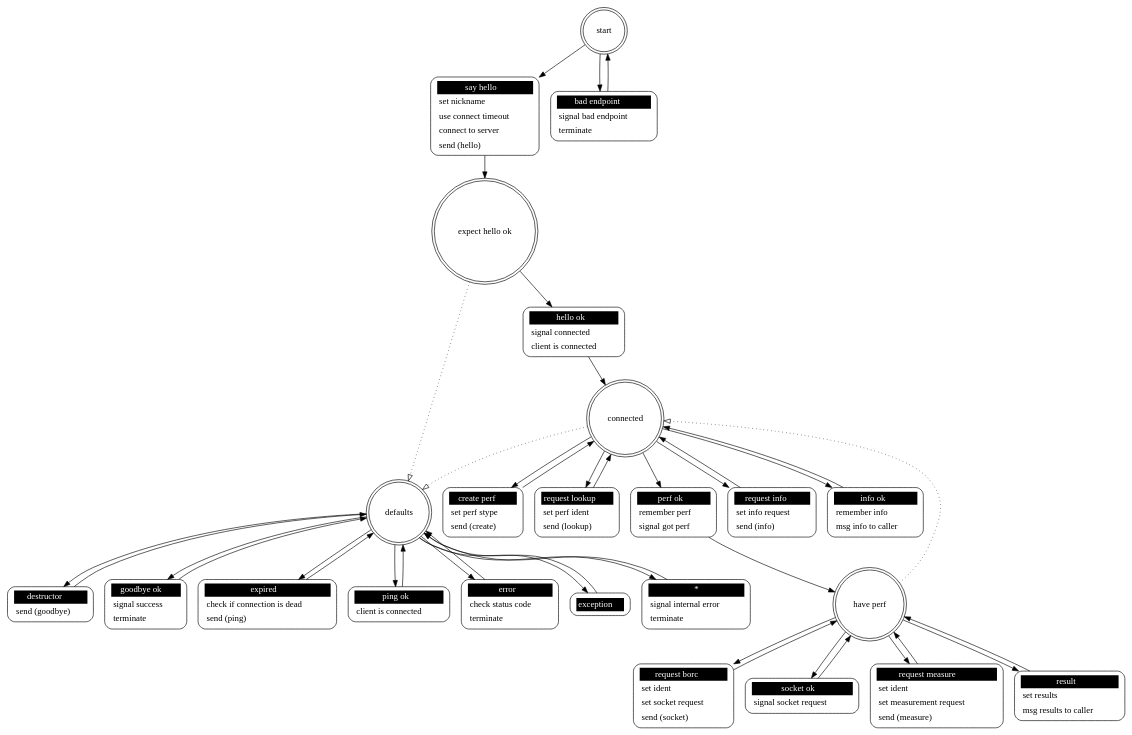
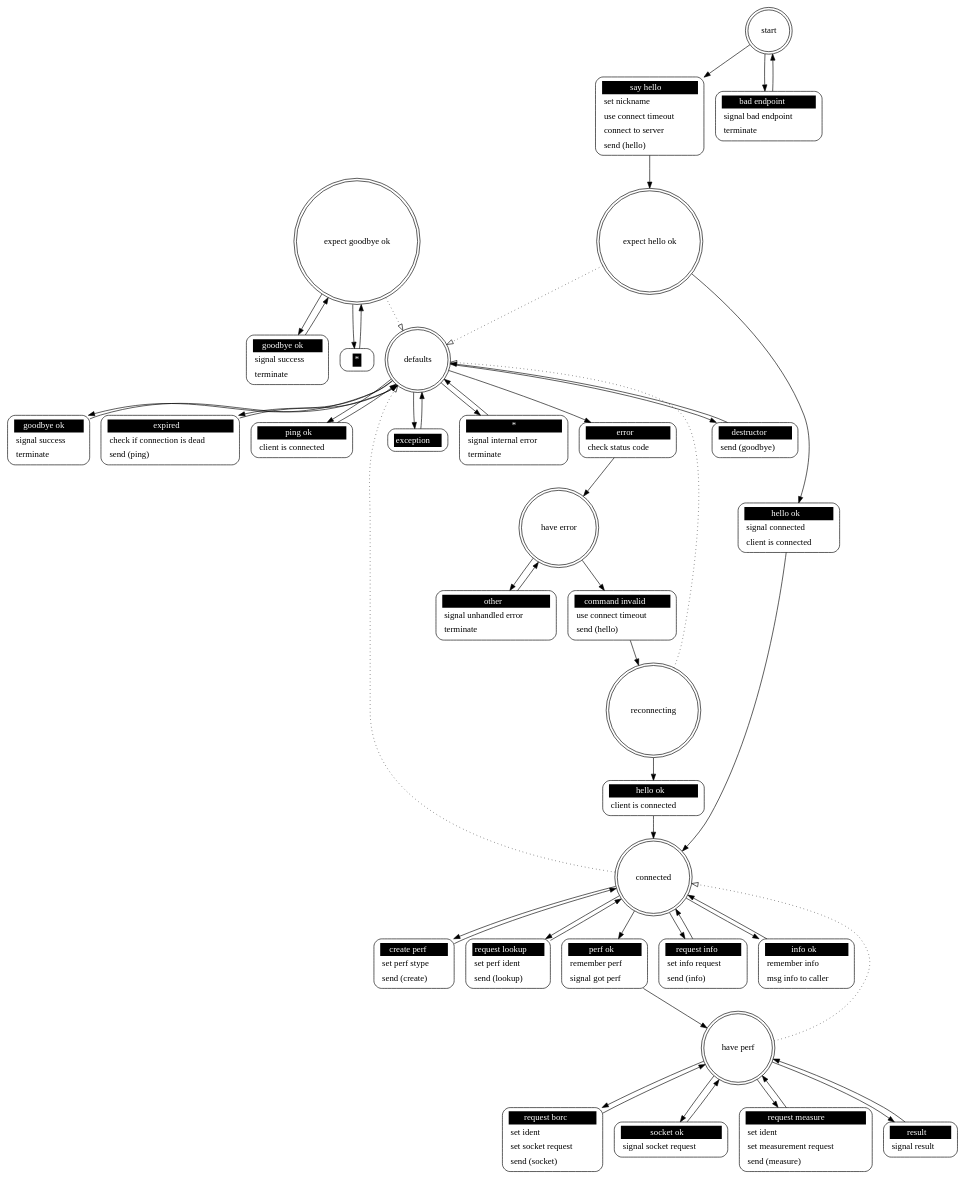
Before and after one commit to brettviren/zperfmq: the diagram in src/zperf_client.dot, drawn with Graphviz. The commit also changed 6 other files, not shown here.

```diff
--- a/src/zperf_client.dot
+++ b/src/zperf_client.dot
@@ -1,73 +1,96 @@
 ## Automatically generated from zperf_client.xml by gsl
 digraph "zperf_client" {
  "expect hello ok" -> "defaults" [style=dotted,arrowhead=empty]
  "connected" -> "defaults" [style=dotted,arrowhead=empty]
  "have perf" -> "connected" [style=dotted,arrowhead=empty]
+ "reconnecting" -> "defaults" [style=dotted,arrowhead=empty]
+ "expect goodbye ok" -> "defaults" [style=dotted,arrowhead=empty]
 
  "start" [shape = "doublecircle"];
  "start say hello" [shape = "Mrecord" style = solid label = <<table border="0" cellborder="0" cellpadding="3" bgcolor="white"><tr><td bgcolor="black" align="center" colspan="2"><font color="white">say hello</font></td></tr><tr><td align="left" port="r3">set nickname</td></tr><tr><td align="left" port="r3">use connect timeout</td></tr><tr><td align="left" port="r3">connect to server</td></tr><tr><td align="left" port="r3">send (hello)</td></tr></table>>];
  "start" -> "start say hello";
  "start say hello" -> "expect hello ok";
  "start bad endpoint" [shape = "Mrecord" style = solid label = <<table border="0" cellborder="0" cellpadding="3" bgcolor="white"><tr><td bgcolor="black" align="center" colspan="2"><font color="white">bad endpoint</font></td></tr><tr><td align="left" port="r3">signal bad endpoint</td></tr><tr><td align="left" port="r3">terminate</td></tr></table>>];
  "start" -> "start bad endpoint";
  "start bad endpoint" -> "start";
 
  "expect hello ok" [shape = "doublecircle"];
  "expect hello ok hello ok" [shape = "Mrecord" style = solid label = <<table border="0" cellborder="0" cellpadding="3" bgcolor="white"><tr><td bgcolor="black" align="center" colspan="2"><font color="white">hello ok</font></td></tr><tr><td align="left" port="r3">signal connected</td></tr><tr><td align="left" port="r3">client is connected</td></tr></table>>];
  "expect hello ok" -> "expect hello ok hello ok";
  "expect hello ok hello ok" -> "connected";
 
  "connected" [shape = "doublecircle"];
  "connected create perf" [shape = "Mrecord" style = solid label = <<table border="0" cellborder="0" cellpadding="3" bgcolor="white"><tr><td bgcolor="black" align="center" colspan="2"><font color="white">create perf</font></td></tr><tr><td align="left" port="r3">set perf stype</td></tr><tr><td align="left" port="r3">send (create)</td></tr></table>>];
  "connected" -> "connected create perf";
  "connected create perf" -> "connected";
  "connected request lookup" [shape = "Mrecord" style = solid label = <<table border="0" cellborder="0" cellpadding="3" bgcolor="white"><tr><td bgcolor="black" align="center" colspan="2"><font color="white">request lookup</font></td></tr><tr><td align="left" port="r3">set perf ident</td></tr><tr><td align="left" port="r3">send (lookup)</td></tr></table>>];
  "connected" -> "connected request lookup";
  "connected request lookup" -> "connected";
  "connected perf ok" [shape = "Mrecord" style = solid label = <<table border="0" cellborder="0" cellpadding="3" bgcolor="white"><tr><td bgcolor="black" align="center" colspan="2"><font color="white">perf ok</font></td></tr><tr><td align="left" port="r3">remember perf</td></tr><tr><td align="left" port="r3">signal got perf</td></tr></table>>];
  "connected" -> "connected perf ok";
  "connected perf ok" -> "have perf";
  "connected request info" [shape = "Mrecord" style = solid label = <<table border="0" cellborder="0" cellpadding="3" bgcolor="white"><tr><td bgcolor="black" align="center" colspan="2"><font color="white">request info</font></td></tr><tr><td align="left" port="r3">set info request</td></tr><tr><td align="left" port="r3">send (info)</td></tr></table>>];
  "connected" -> "connected request info";
  "connected request info" -> "connected";
  "connected info ok" [shape = "Mrecord" style = solid label = <<table border="0" cellborder="0" cellpadding="3" bgcolor="white"><tr><td bgcolor="black" align="center" colspan="2"><font color="white">info ok</font></td></tr><tr><td align="left" port="r3">remember info</td></tr><tr><td align="left" port="r3">msg info to caller</td></tr></table>>];
  "connected" -> "connected info ok";
  "connected info ok" -> "connected";
 
  "have perf" [shape = "doublecircle"];
  "have perf request borc" [shape = "Mrecord" style = solid label = <<table border="0" cellborder="0" cellpadding="3" bgcolor="white"><tr><td bgcolor="black" align="center" colspan="2"><font color="white">request borc</font></td></tr><tr><td align="left" port="r3">set ident</td></tr><tr><td align="left" port="r3">set socket request</td></tr><tr><td align="left" port="r3">send (socket)</td></tr></table>>];
  "have perf" -> "have perf request borc";
  "have perf request borc" -> "have perf";
  "have perf socket ok" [shape = "Mrecord" style = solid label = <<table border="0" cellborder="0" cellpadding="3" bgcolor="white"><tr><td bgcolor="black" align="center" colspan="2"><font color="white">socket ok</font></td></tr><tr><td align="left" port="r3">signal socket request</td></tr></table>>];
  "have perf" -> "have perf socket ok";
  "have perf socket ok" -> "have perf";
  "have perf request measure" [shape = "Mrecord" style = solid label = <<table border="0" cellborder="0" cellpadding="3" bgcolor="white"><tr><td bgcolor="black" align="center" colspan="2"><font color="white">request measure</font></td></tr><tr><td align="left" port="r3">set ident</td></tr><tr><td align="left" port="r3">set measurement request</td></tr><tr><td align="left" port="r3">send (measure)</td></tr></table>>];
  "have perf" -> "have perf request measure";
  "have perf request measure" -> "have perf";
- "have perf result" [shape = "Mrecord" style = solid label = <<table border="0" cellborder="0" cellpadding="3" bgcolor="white"><tr><td bgcolor="black" align="center" colspan="2"><font color="white">result</font></td></tr><tr><td align="left" port="r3">set results</td></tr><tr><td align="left" port="r3">msg results to caller</td></tr></table>>];
+ "have perf result" [shape = "Mrecord" style = solid label = <<table border="0" cellborder="0" cellpadding="3" bgcolor="white"><tr><td bgcolor="black" align="center" colspan="2"><font color="white">result</font></td></tr><tr><td align="left" port="r3">signal result</td></tr></table>>];
  "have perf" -> "have perf result";
  "have perf result" -> "have perf";
 
  "defaults" [shape = "doublecircle"];
  "defaults destructor" [shape = "Mrecord" style = solid label = <<table border="0" cellborder="0" cellpadding="3" bgcolor="white"><tr><td bgcolor="black" align="center" colspan="2"><font color="white">destructor</font></td></tr><tr><td align="left" port="r3">send (goodbye)</td></tr></table>>];
  "defaults" -> "defaults destructor";
  "defaults destructor" -> "defaults";
  "defaults goodbye ok" [shape = "Mrecord" style = solid label = <<table border="0" cellborder="0" cellpadding="3" bgcolor="white"><tr><td bgcolor="black" align="center" colspan="2"><font color="white">goodbye ok</font></td></tr><tr><td align="left" port="r3">signal success</td></tr><tr><td align="left" port="r3">terminate</td></tr></table>>];
  "defaults" -> "defaults goodbye ok";
  "defaults goodbye ok" -> "defaults";
  "defaults expired" [shape = "Mrecord" style = solid label = <<table border="0" cellborder="0" cellpadding="3" bgcolor="white"><tr><td bgcolor="black" align="center" colspan="2"><font color="white">expired</font></td></tr><tr><td align="left" port="r3">check if connection is dead</td></tr><tr><td align="left" port="r3">send (ping)</td></tr></table>>];
  "defaults" -> "defaults expired";
  "defaults expired" -> "defaults";
  "defaults ping ok" [shape = "Mrecord" style = solid label = <<table border="0" cellborder="0" cellpadding="3" bgcolor="white"><tr><td bgcolor="black" align="center" colspan="2"><font color="white">ping ok</font></td></tr><tr><td align="left" port="r3">client is connected</td></tr></table>>];
  "defaults" -> "defaults ping ok";
  "defaults ping ok" -> "defaults";
- "defaults error" [shape = "Mrecord" style = solid label = <<table border="0" cellborder="0" cellpadding="3" bgcolor="white"><tr><td bgcolor="black" align="center" colspan="2"><font color="white">error</font></td></tr><tr><td align="left" port="r3">check status code</td></tr><tr><td align="left" port="r3">terminate</td></tr></table>>];
+ "defaults error" [shape = "Mrecord" style = solid label = <<table border="0" cellborder="0" cellpadding="3" bgcolor="white"><tr><td bgcolor="black" align="center" colspan="2"><font color="white">error</font></td></tr><tr><td align="left" port="r3">check status code</td></tr></table>>];
  "defaults" -> "defaults error";
- "defaults error" -> "defaults";
+ "defaults error" -> "have error";
  "defaults exception" [shape = "Mrecord" style = solid label = <<table border="0" cellborder="0" cellpadding="3" bgcolor="white"><tr><td bgcolor="black" align="center" colspan="2"><font color="white">exception</font></td></tr></table>>];
  "defaults" -> "defaults exception";
  "defaults exception" -> "defaults";
  "defaults *" [shape = "Mrecord" style = solid label = <<table border="0" cellborder="0" cellpadding="3" bgcolor="white"><tr><td bgcolor="black" align="center" colspan="2"><font color="white">*</font></td></tr><tr><td align="left" port="r3">signal internal error</td></tr><tr><td align="left" port="r3">terminate</td></tr></table>>];
  "defaults" -> "defaults *";
  "defaults *" -> "defaults";
+
+ "have error" [shape = "doublecircle"];
+ "have error command invalid" [shape = "Mrecord" style = solid label = <<table border="0" cellborder="0" cellpadding="3" bgcolor="white"><tr><td bgcolor="black" align="center" colspan="2"><font color="white">command invalid</font></td></tr><tr><td align="left" port="r3">use connect timeout</td></tr><tr><td align="left" port="r3">send (hello)</td></tr></table>>];
+ "have error" -> "have error command invalid";
+ "have error command invalid" -> "reconnecting";
+ "have error other" [shape = "Mrecord" style = solid label = <<table border="0" cellborder="0" cellpadding="3" bgcolor="white"><tr><td bgcolor="black" align="center" colspan="2"><font color="white">other</font></td></tr><tr><td align="left" port="r3">signal unhandled error</td></tr><tr><td align="left" port="r3">terminate</td></tr></table>>];
+ "have error" -> "have error other";
+ "have error other" -> "have error";
+
+ "reconnecting" [shape = "doublecircle"];
+ "reconnecting hello ok" [shape = "Mrecord" style = solid label = <<table border="0" cellborder="0" cellpadding="3" bgcolor="white"><tr><td bgcolor="black" align="center" colspan="2"><font color="white">hello ok</font></td></tr><tr><td align="left" port="r3">client is connected</td></tr></table>>];
+ "reconnecting" -> "reconnecting hello ok";
+ "reconnecting hello ok" -> "connected";
+
+ "expect goodbye ok" [shape = "doublecircle"];
+ "expect goodbye ok goodbye ok" [shape = "Mrecord" style = solid label = <<table border="0" cellborder="0" cellpadding="3" bgcolor="white"><tr><td bgcolor="black" align="center" colspan="2"><font color="white">goodbye ok</font></td></tr><tr><td align="left" port="r3">signal success</td></tr><tr><td align="left" port="r3">terminate</td></tr></table>>];
+ "expect goodbye ok" -> "expect goodbye ok goodbye ok";
+ "expect goodbye ok goodbye ok" -> "expect goodbye ok";
+ "expect goodbye ok *" [shape = "Mrecord" style = solid label = <<table border="0" cellborder="0" cellpadding="3" bgcolor="white"><tr><td bgcolor="black" align="center" colspan="2"><font color="white">*</font></td></tr></table>>];
+ "expect goodbye ok" -> "expect goodbye ok *";
+ "expect goodbye ok *" -> "expect goodbye ok";
 }
```
